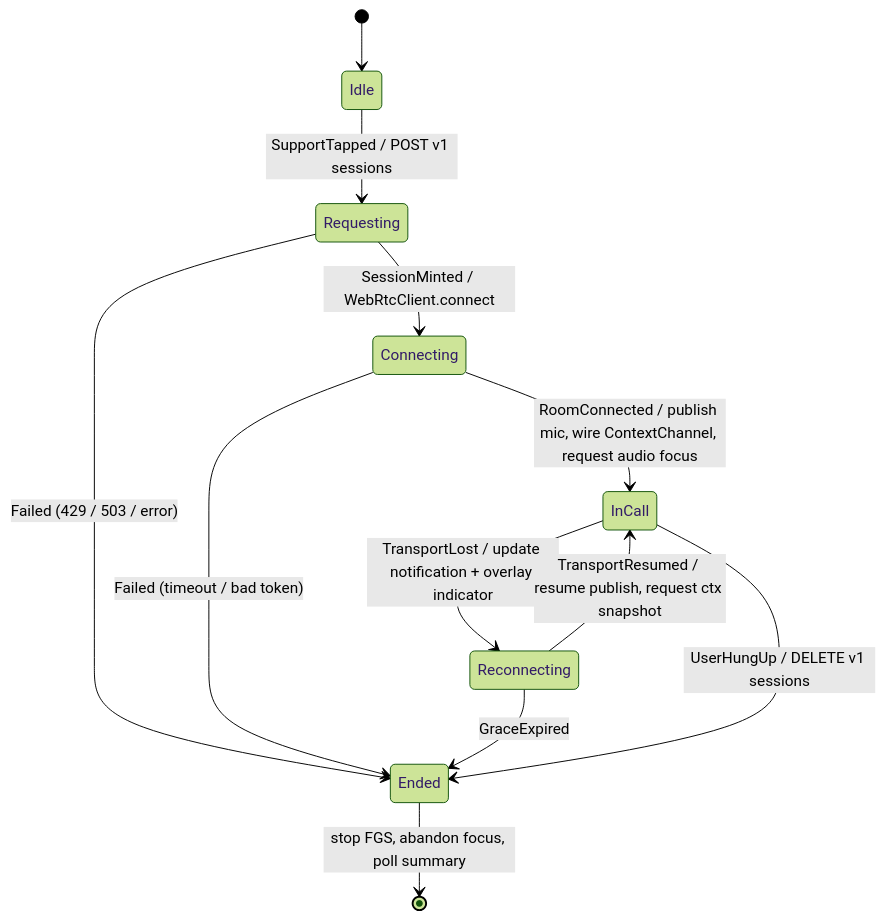
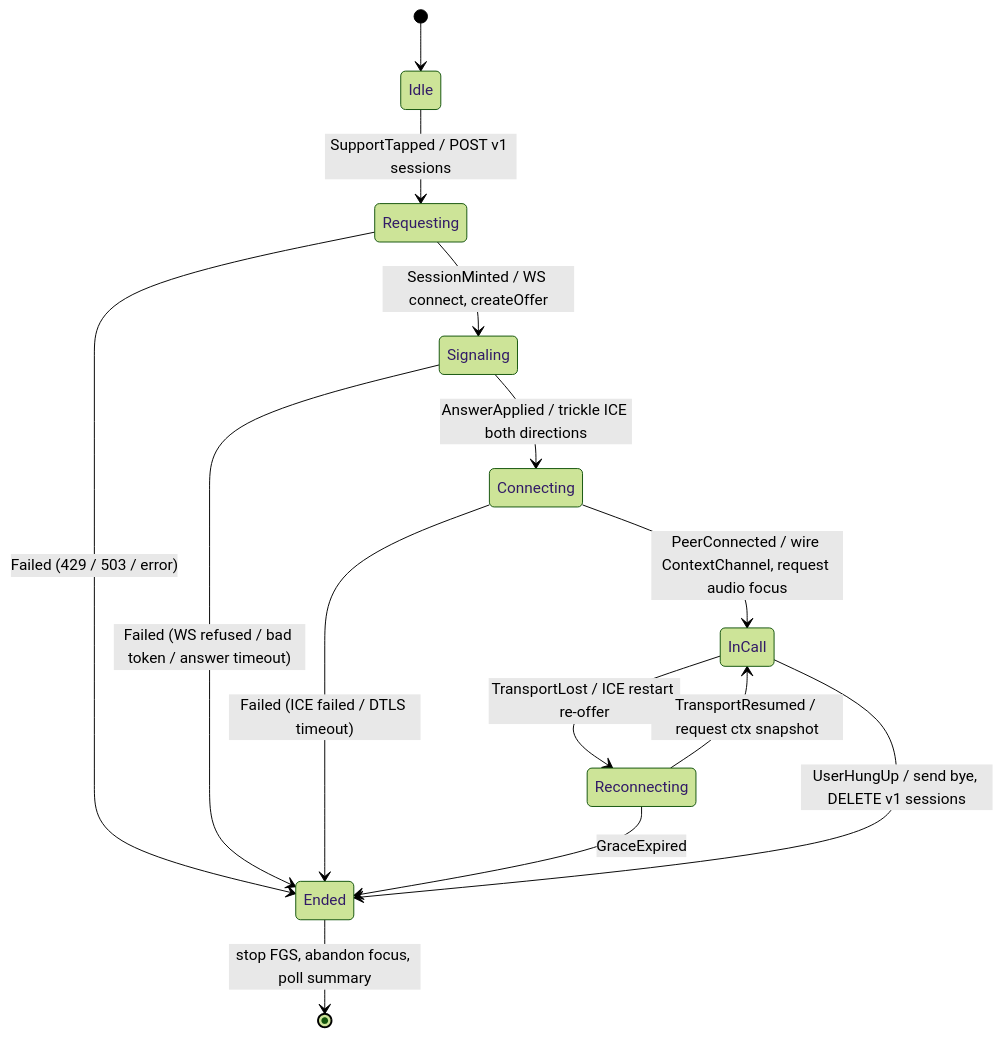
One commit to bibekanandan892/vyaparpay-voice-agent changed the second of 2 diagrams in docs/03-android-architecture.md. Above: the diagram before and after it, drawn with Mermaid (forest theme). The commit also changed other lines of this file and 22 other files, not shown here.

First line of the commit message:
refactor(arch): replace LiveKit with raw WebRTC (libwebrtc + aiortc)

````diff
--- a/docs/03-android-architecture.md
+++ b/docs/03-android-architecture.md
@@ -182,14 +182,16 @@
 ```mermaid
 stateDiagram-v2
     [*] --> Idle
     Idle --> Requesting: SupportTapped / POST v1 sessions
-    Requesting --> Connecting: SessionMinted / WebRtcClient.connect
+    Requesting --> Signaling: SessionMinted / WS connect, createOffer
     Requesting --> Ended: Failed (429 / 503 / error)
-    Connecting --> InCall: RoomConnected / publish mic, wire ContextChannel, request audio focus
-    Connecting --> Ended: Failed (timeout / bad token)
-    InCall --> Reconnecting: TransportLost / update notification + overlay indicator
-    Reconnecting --> InCall: TransportResumed / resume publish, request ctx snapshot
+    Signaling --> Connecting: AnswerApplied / trickle ICE both directions
+    Signaling --> Ended: Failed (WS refused / bad token / answer timeout)
+    Connecting --> InCall: PeerConnected / wire ContextChannel, request audio focus
+    Connecting --> Ended: Failed (ICE failed / DTLS timeout)
+    InCall --> Reconnecting: TransportLost / ICE restart re-offer
+    Reconnecting --> InCall: TransportResumed / request ctx snapshot
     Reconnecting --> Ended: GraceExpired
-    InCall --> Ended: UserHungUp / DELETE v1 sessions
+    InCall --> Ended: UserHungUp / send bye, DELETE v1 sessions
     Ended --> [*]: stop FGS, abandon focus, poll summary
 ```
````
